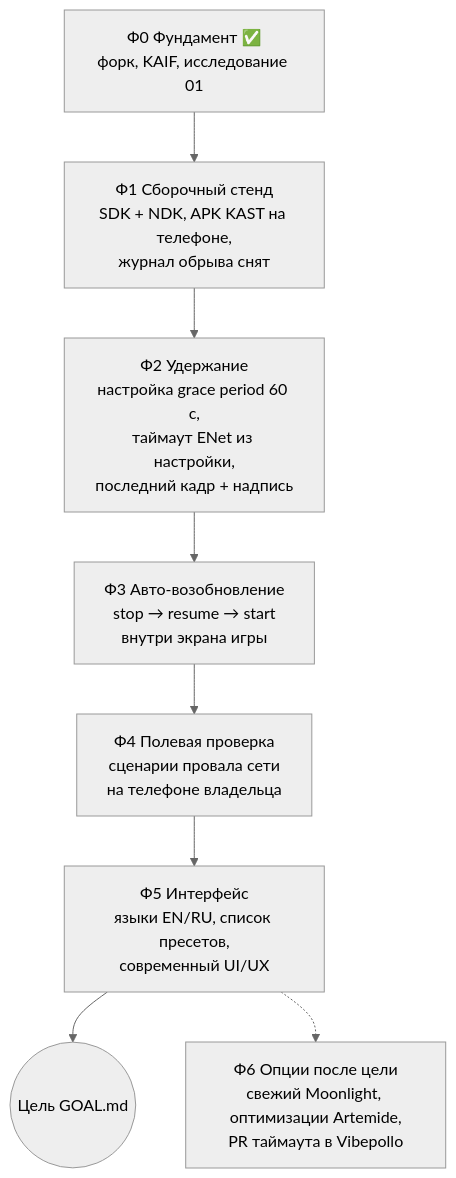
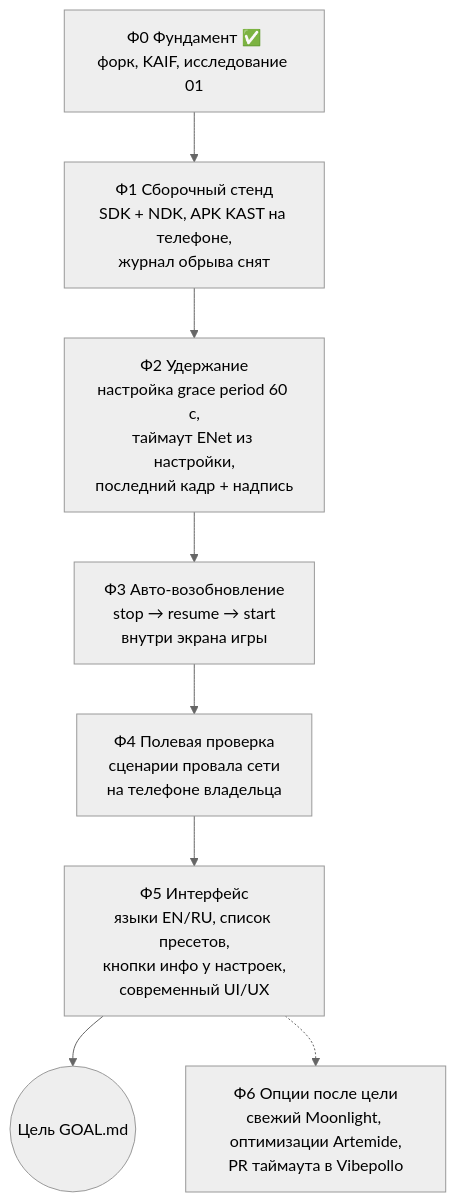
The diagram in MASTER_PLAN.md (MikalaiKryvusha/KAST), drawn with Mermaid (neutral theme) before and after one commit. The commit also changed other lines of this file and 3 other files, not shown here.

First line of the commit message:
docs(идея 06 + GOAL/MASTER_PLAN/STATUS): кнопка инфо [i] у каждого пункта настроек — причёсанная версия и место в фазе Ф5

````diff
--- a/MASTER_PLAN.md
+++ b/MASTER_PLAN.md
@@ -30,10 +30,10 @@
 ```mermaid
 flowchart TD
     P0[Ф0 Фундамент ✅<br/>форк, KAIF, исследование 01] --> P1[Ф1 Сборочный стенд<br/>SDK + NDK, APK KAST на телефоне,<br/>журнал обрыва снят]
     P1 --> P2[Ф2 Удержание<br/>настройка grace period 60 с,<br/>таймаут ENet из настройки,<br/>последний кадр + надпись]
     P2 --> P3[Ф3 Авто-возобновление<br/>stop → resume → start<br/>внутри экрана игры]
     P3 --> P4[Ф4 Полевая проверка<br/>сценарии провала сети<br/>на телефоне владельца]
-    P4 --> P5[Ф5 Интерфейс<br/>языки EN/RU, список пресетов,<br/>современный UI/UX]
+    P4 --> P5[Ф5 Интерфейс<br/>языки EN/RU, список пресетов,<br/>кнопки инфо у настроек,<br/>современный UI/UX]
     P5 --> G((Цель GOAL.md))
     P5 -.-> P6[Ф6 Опции после цели<br/>свежий Moonlight, оптимизации Artemide,<br/>PR таймаута в Vibepollo]
 ```
````
